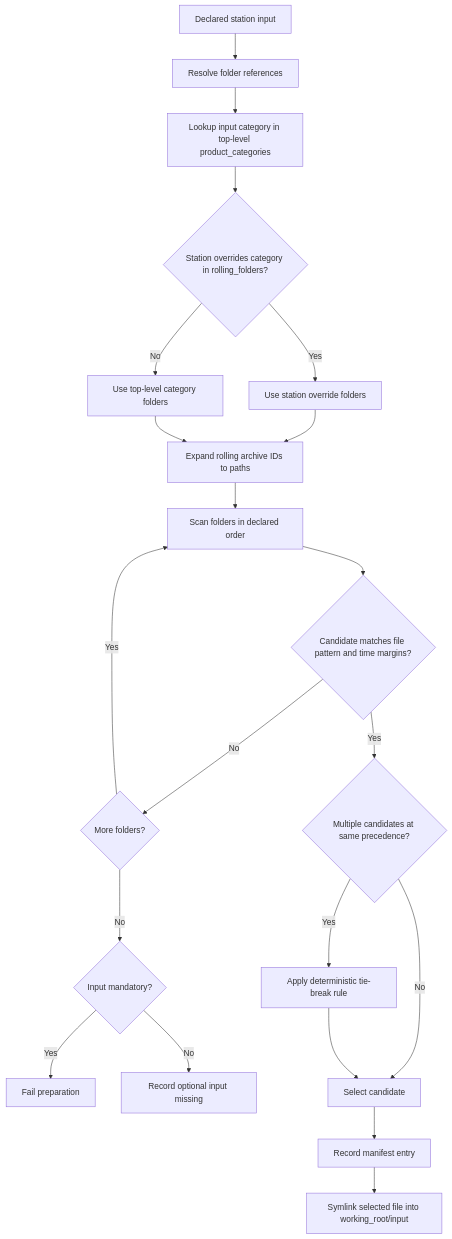
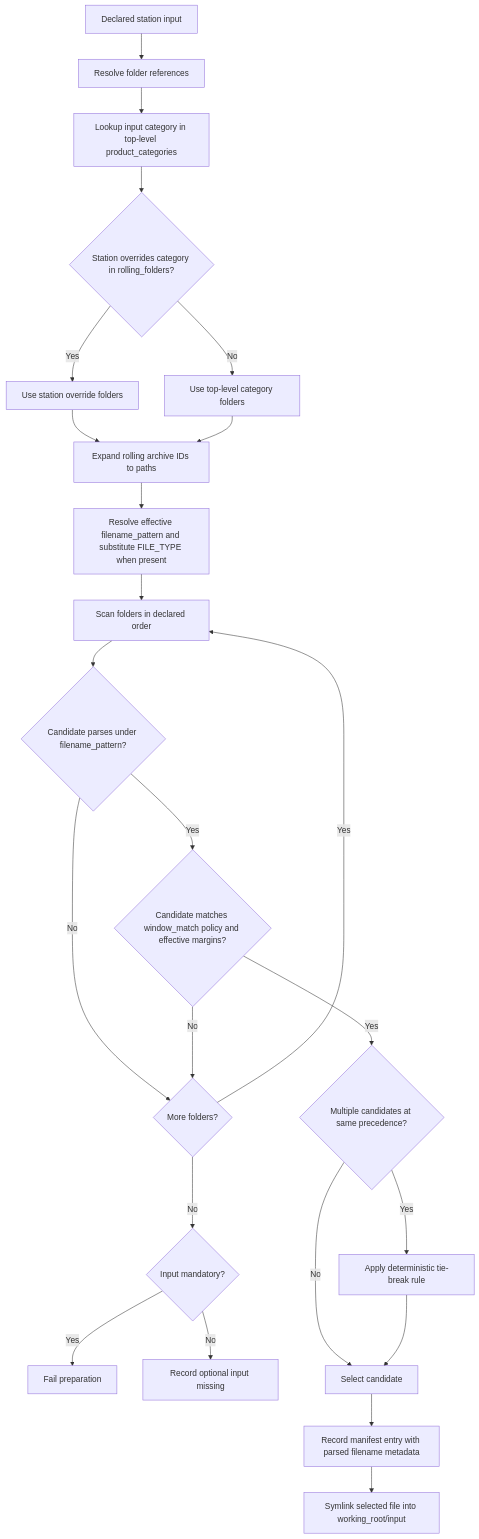
The first of 5 diagrams in docs/specs/2.system_architecture.md (GoBobr/veriproc), drawn with Mermaid before and after one commit. The commit also changed other lines of this file and 32 other files, not shown here.

````diff
--- a/docs/specs/2.system_architecture.md
+++ b/docs/specs/2.system_architecture.md
@@ -336,23 +381,26 @@
 ```mermaid
 flowchart TD
   A[Declared station input] --> B[Resolve folder references]
   B --> C[Lookup input category in top-level product_categories]
   C --> D{Station overrides category in rolling_folders?}
   D -- Yes --> E[Use station override folders]
   D -- No --> F[Use top-level category folders]
   E --> G[Expand rolling archive IDs to paths]
   F --> G
-  G --> H[Scan folders in declared order]
-  H --> I{Candidate matches file pattern and time margins?}
-  I -- No --> J{More folders?}
-  J -- Yes --> H
-  J -- No --> K{Input mandatory?}
-  K -- Yes --> L[Fail preparation]
-  K -- No --> M[Record optional input missing]
-  I -- Yes --> N{Multiple candidates at same precedence?}
-  N -- No --> O[Select candidate]
-  N -- Yes --> P[Apply deterministic tie-break rule]
-  P --> O
-  O --> Q[Record manifest entry]
-  Q --> R[Symlink selected file into working_root/input]
+  G --> H[Resolve effective filename_pattern and substitute FILE_TYPE when present]
+  H --> I[Scan folders in declared order]
+  I --> J{Candidate parses under filename_pattern?}
+  J -- No --> K{More folders?}
+  K -- Yes --> I
+  K -- No --> L{Input mandatory?}
+  L -- Yes --> M[Fail preparation]
+  L -- No --> N[Record optional input missing]
+  J -- Yes --> O{Candidate matches window_match policy and effective margins?}
+  O -- No --> K
+  O -- Yes --> P{Multiple candidates at same precedence?}
+  P -- No --> Q[Select candidate]
+  P -- Yes --> R[Apply deterministic tie-break rule]
+  R --> Q
+  Q --> S[Record manifest entry with parsed filename metadata]
+  S --> T[Symlink selected file into working_root/input]
 ```
````
